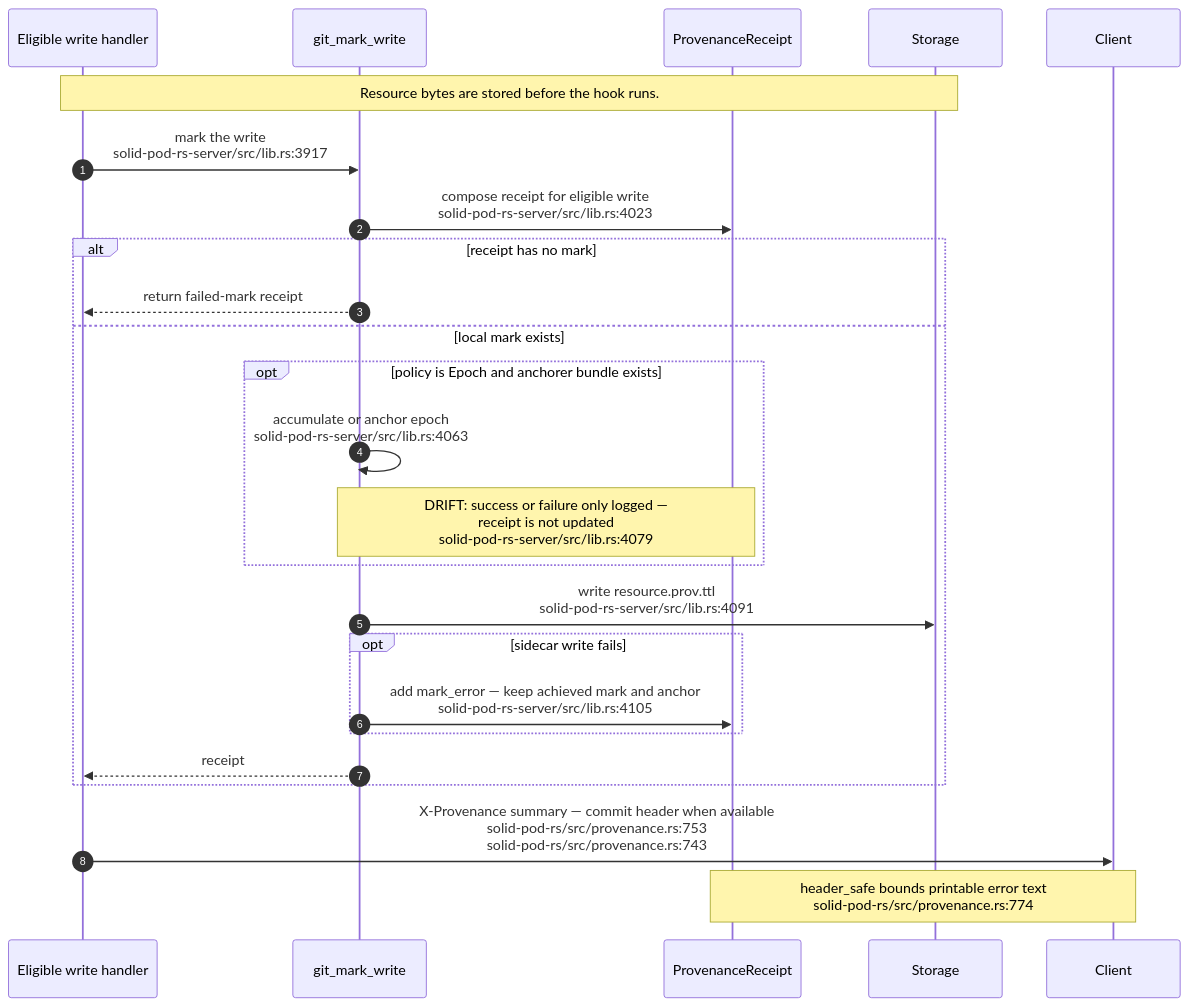
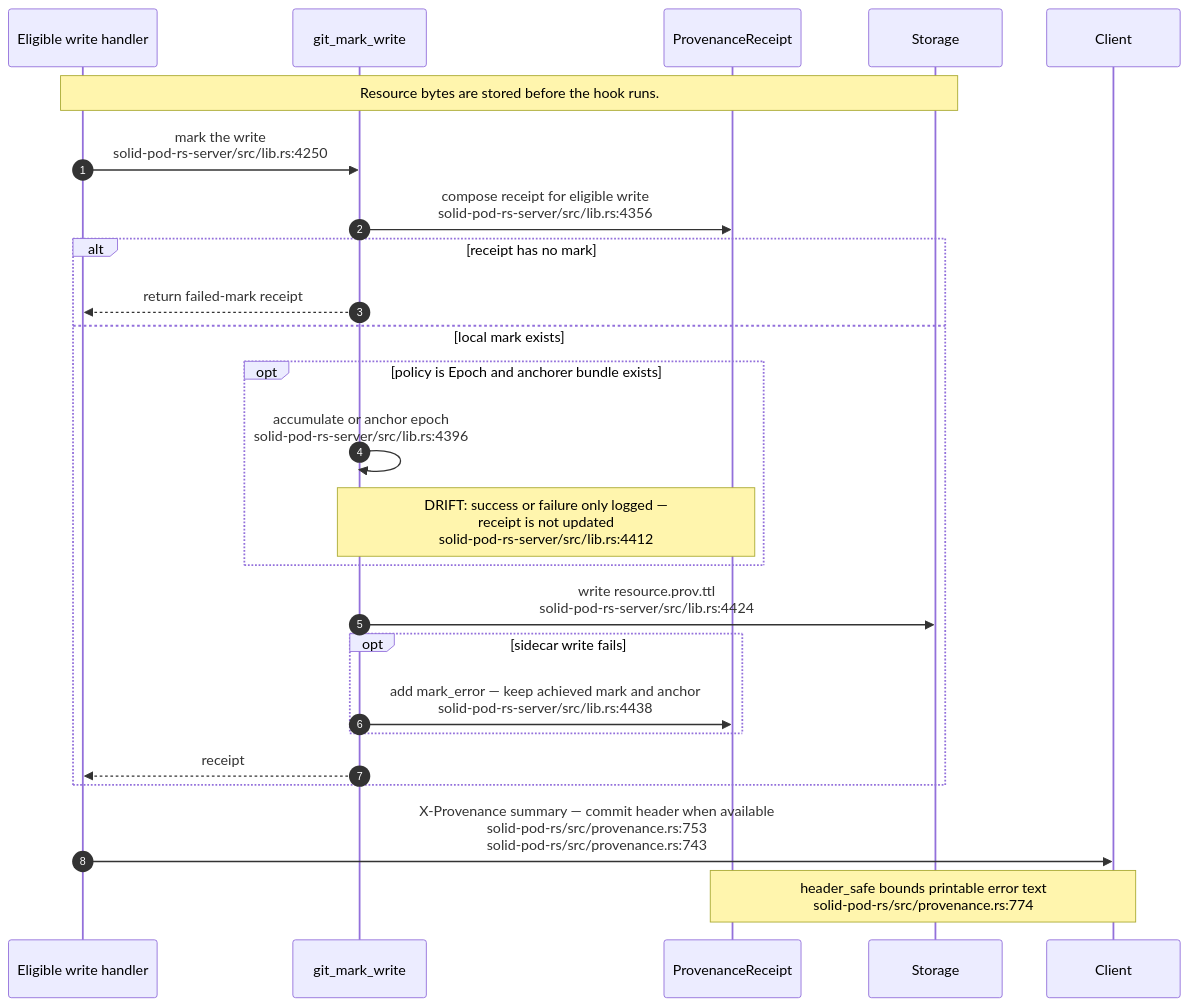
One commit to DreamLab-AI/VisionFlow changed the fifth of 19 diagrams in docs/diagrams/solid-pod-rs/07-provenance-and-payments.md. Above: the diagram before and after it, drawn with Mermaid. The commit also changed other lines of this file and 59 other files, not shown here.

First line of the commit message:
docs(diagrams): re-derive and re-stamp forum, website, pod, ontomark and sealmap topics

````diff
--- a/docs/diagrams/solid-pod-rs/07-provenance-and-payments.md
+++ b/docs/diagrams/solid-pod-rs/07-provenance-and-payments.md
@@ -150,27 +150,27 @@
 ```mermaid
 sequenceDiagram
     autonumber
     participant H as Eligible write handler
     participant G as git_mark_write
     participant R as ProvenanceReceipt
     participant S as Storage
     participant C as Client
     Note over H,S: Resource bytes are stored before the hook runs.
-    H->>G: mark the write<br/>solid-pod-rs-server/src/lib.rs:3917
-    G->>R: compose receipt for eligible write<br/>solid-pod-rs-server/src/lib.rs:4023
+    H->>G: mark the write<br/>solid-pod-rs-server/src/lib.rs:4250
+    G->>R: compose receipt for eligible write<br/>solid-pod-rs-server/src/lib.rs:4356
     alt receipt has no mark
         G-->>H: return failed-mark receipt
     else local mark exists
         opt policy is Epoch and anchorer bundle exists
-            G->>G: accumulate or anchor epoch<br/>solid-pod-rs-server/src/lib.rs:4063
-            Note over G,R: DRIFT: success or failure only logged —<br/>receipt is not updated<br/>solid-pod-rs-server/src/lib.rs:4079
+            G->>G: accumulate or anchor epoch<br/>solid-pod-rs-server/src/lib.rs:4396
+            Note over G,R: DRIFT: success or failure only logged —<br/>receipt is not updated<br/>solid-pod-rs-server/src/lib.rs:4412
         end
-        G->>S: write resource.prov.ttl<br/>solid-pod-rs-server/src/lib.rs:4091
+        G->>S: write resource.prov.ttl<br/>solid-pod-rs-server/src/lib.rs:4424
         opt sidecar write fails
-            G->>R: add mark_error — keep achieved mark and anchor<br/>solid-pod-rs-server/src/lib.rs:4105
+            G->>R: add mark_error — keep achieved mark and anchor<br/>solid-pod-rs-server/src/lib.rs:4438
         end
         G-->>H: receipt
     end
     H->>C: X-Provenance summary — commit header when available<br/>solid-pod-rs/src/provenance.rs:753<br/>solid-pod-rs/src/provenance.rs:743
     Note over R,C: header_safe bounds printable error text<br/>solid-pod-rs/src/provenance.rs:774
 ```
````
